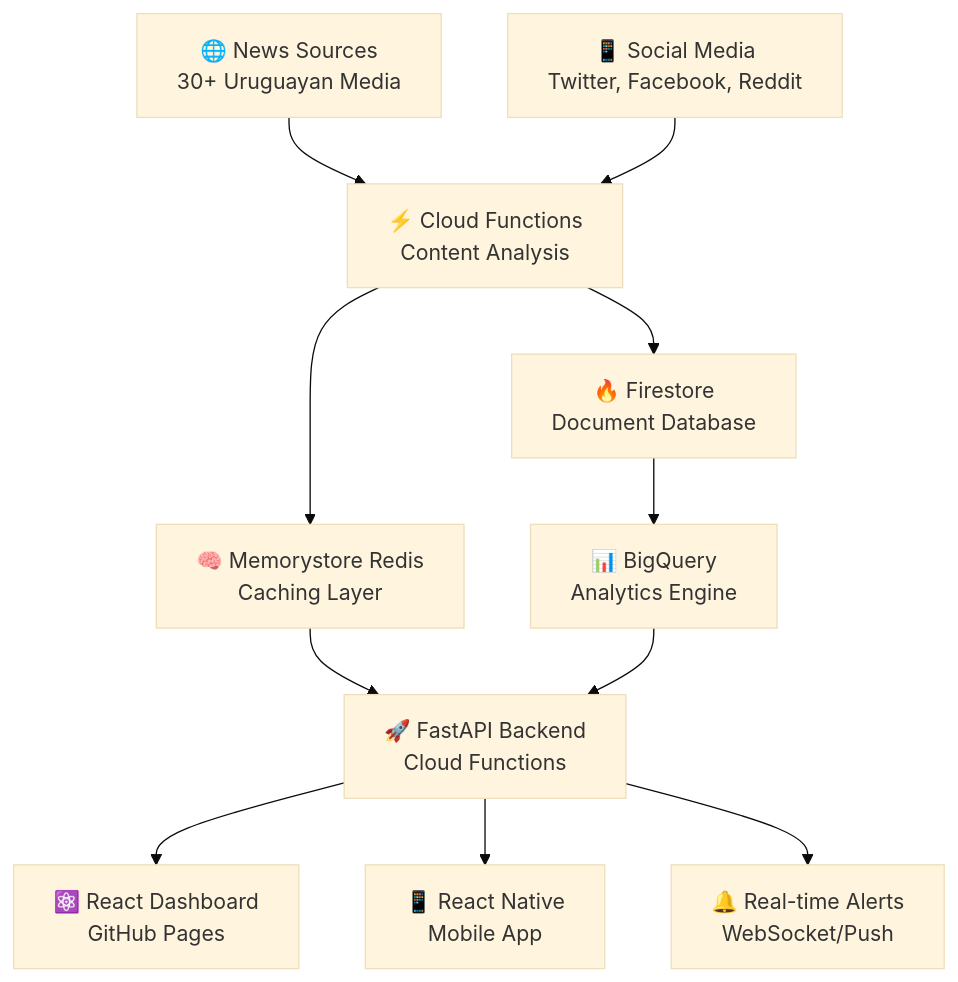
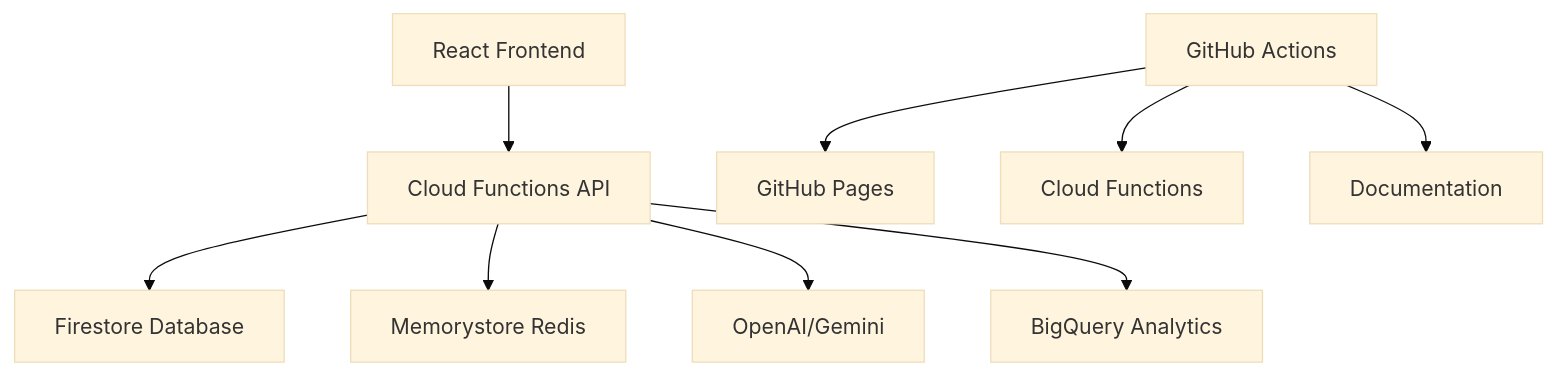
The diagram in README.md (JuanFKurucz/uruguay-news), drawn with Mermaid (base theme) before and after one commit. The commit also changed other lines of this file and 33 other files, not shown here.

````diff
--- a/README.md
+++ b/README.md
@@ -51,13 +76,12 @@
 ```mermaid
 graph TB
-    A[🌐 News Sources<br/>30+ Uruguayan Media] --> B[⚡ Cloud Functions<br/>Content Analysis]
-    C[📱 Social Media<br/>Twitter, Facebook, Reddit] --> B
-    B --> D[🔥 Firestore<br/>Document Database]
-    B --> E[🧠 Memorystore Redis<br/>Caching Layer]
-    D --> F[📊 BigQuery<br/>Analytics Engine]
-    E --> G[🚀 FastAPI Backend<br/>Cloud Functions]
-    F --> G
-    G --> H[⚛️ React Dashboard<br/>GitHub Pages]
-    G --> I[📱 React Native<br/>Mobile App]
-    G --> J[🔔 Real-time Alerts<br/>WebSocket/Push]
+    A[React Frontend] --> B[Cloud Functions API]
+    B --> C[Firestore Database]
+    B --> D[Memorystore Redis]
+    B --> E[OpenAI/Gemini]
+    B --> F[BigQuery Analytics]
+    
+    G[GitHub Actions] --> H[GitHub Pages]
+    G --> I[Cloud Functions]
+    G --> J[Documentation]
 ```
````
